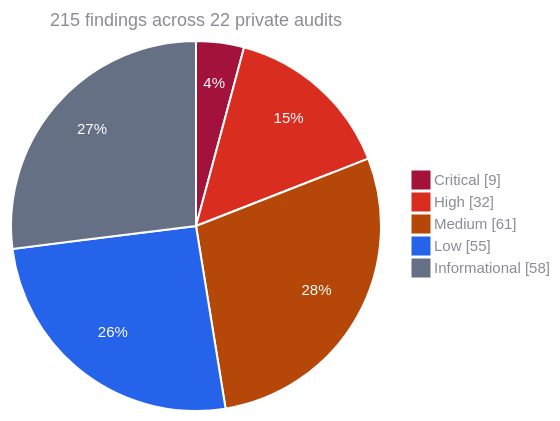
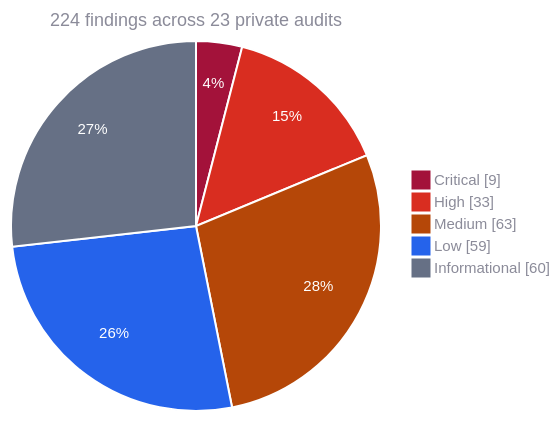
Before and after one commit to Kann-Audits/Kann-Audits: the first of 2 diagrams in README.md, drawn with Mermaid. The commit also changed other lines of this file and 2 other files, not shown here.

````diff
--- a/README.md
+++ b/README.md
@@ -84,10 +85,10 @@
 ```mermaid
 %%{init: {"theme": "base", "themeVariables": {"pie1": "#a3123a", "pie2": "#d92d20", "pie3": "#b54708", "pie4": "#2563eb", "pie5": "#667085", "pieStrokeColor": "#ffffff", "pieStrokeWidth": "2px", "pieOuterStrokeWidth": "0px", "pieOpacity": "1", "pieSectionTextColor": "#ffffff", "pieSectionTextSize": "15px", "pieTitleTextColor": "#8b8b99", "pieTitleTextSize": "18px", "pieLegendTextColor": "#8b8b99", "pieLegendTextSize": "15px"}}}%%
 pie showData
-    title 215 findings across 22 private audits
+    title 224 findings across 23 private audits
     "Critical" : 9
-    "High" : 32
-    "Medium" : 61
-    "Low" : 55
-    "Informational" : 58
+    "High" : 33
+    "Medium" : 63
+    "Low" : 59
+    "Informational" : 60
 ```
````
